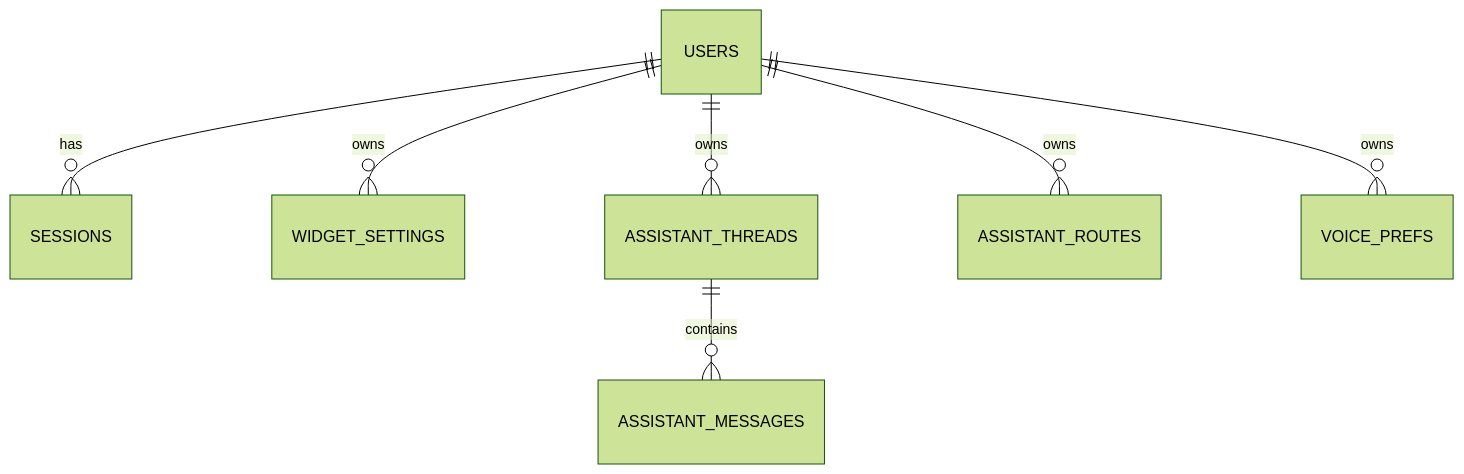
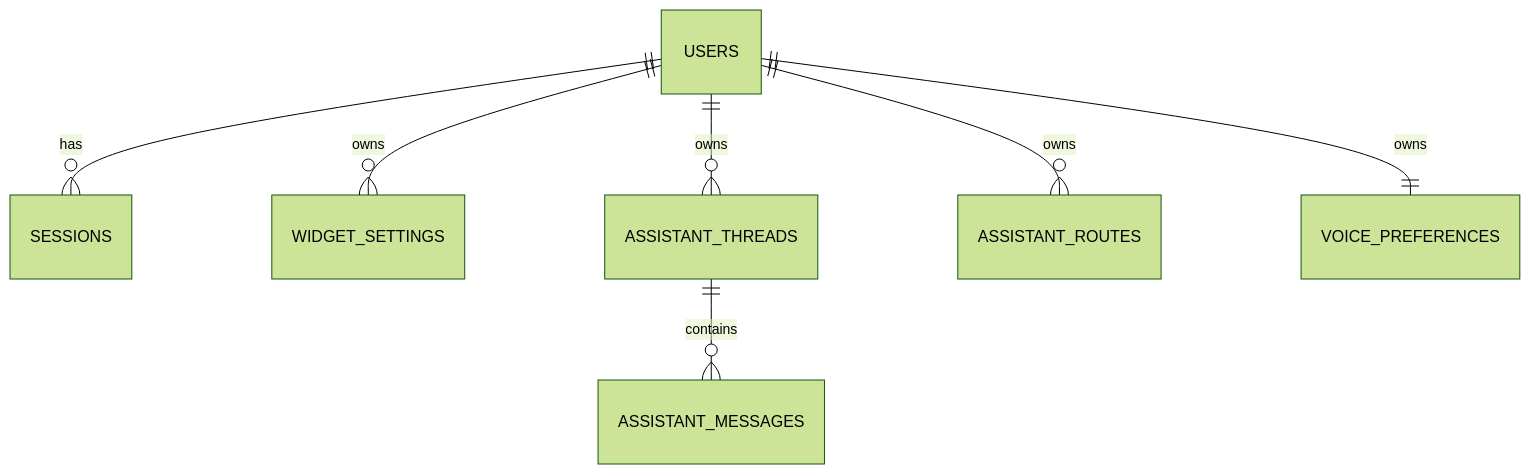
The diagram in project_management/architecture/diagrams/data-model.md (flerli/subway), drawn with Mermaid (forest theme) before and after one commit. The commit also changed other lines of this file and 68 other files, not shown here.

First line of the commit message:
feat: Complete TC-B-03 Voice Preferences Settings and TC-B-04 Synthesis Closer Integration

````diff
--- a/project_management/architecture/diagrams/data-model.md
+++ b/project_management/architecture/diagrams/data-model.md
@@ -5,9 +5,9 @@
 ```mermaid
 erDiagram
     USERS ||--o{ SESSIONS : has
     USERS ||--o{ WIDGET_SETTINGS : owns
     USERS ||--o{ ASSISTANT_THREADS : owns
     ASSISTANT_THREADS ||--o{ ASSISTANT_MESSAGES : contains
     USERS ||--o{ ASSISTANT_ROUTES : owns
-    USERS ||--o{ VOICE_PREFS : owns
+    USERS ||--|| VOICE_PREFERENCES : owns
 ```
````
